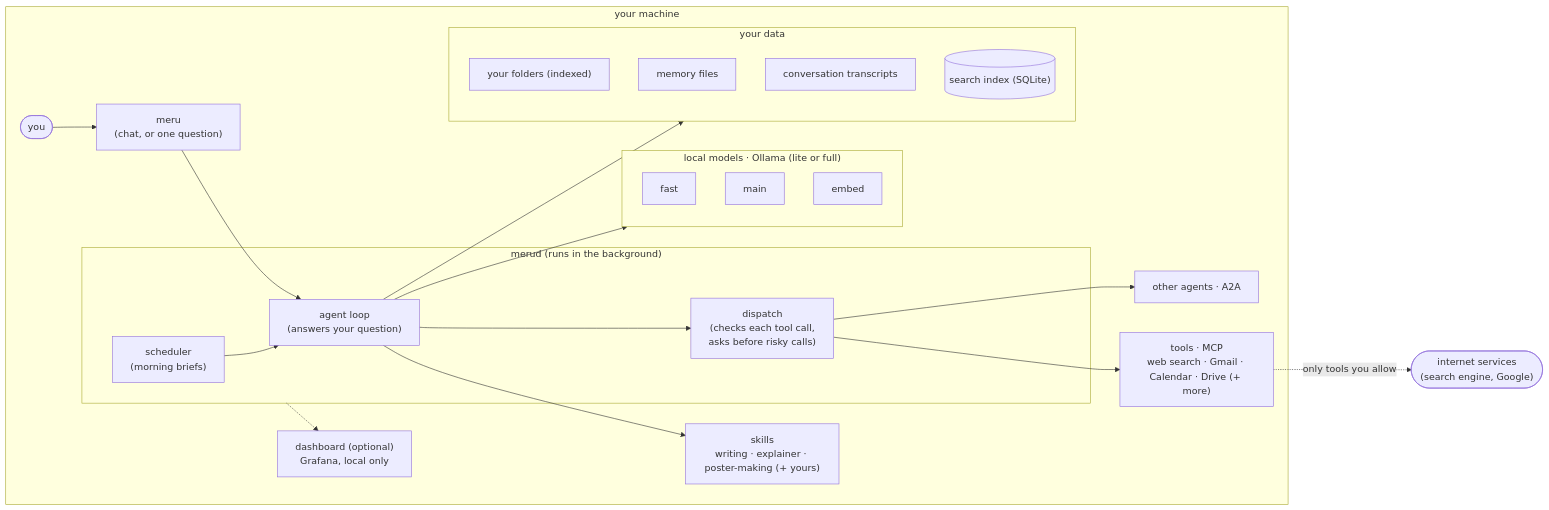
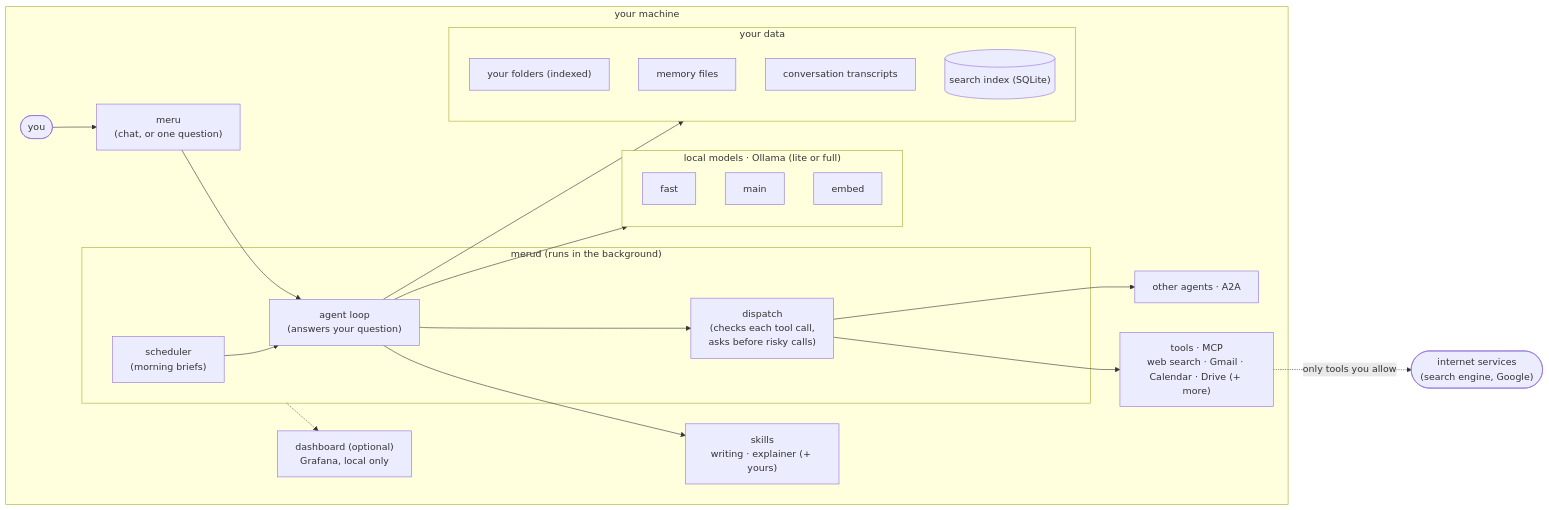
One commit to aarora79/meru changed the first of 2 diagrams in docs/architecture/100.md. Above: the diagram before and after it, drawn with Mermaid. The commit also changed other lines of this file and 12 other files, not shown here.

First line of the commit message:
Design: poster-making is a repo tool, not a built-in skill

````diff
--- a/docs/architecture/100.md
+++ b/docs/architecture/100.md
@@ -17,34 +17,34 @@
 ```mermaid
 flowchart LR
     subgraph machine["your machine"]
         YOU(["you"]) --> MERU["meru<br/>(chat, or one question)"]
         subgraph merud["merud (runs in the background)"]
             SCHED["scheduler<br/>(morning briefs)"] --> LOOP["agent loop<br/>(answers your question)"]
             LOOP --> DISP["dispatch<br/>(checks each tool call,<br/>asks before risky calls)"]
         end
         MERU --> LOOP
         subgraph models["local models · Ollama (lite or full)"]
             FAST["fast"]
             MAIN["main"]
             EMBED["embed"]
         end
         subgraph data["your data"]
             FOLDERS["your folders (indexed)"]
             MEM["memory files"]
             TRANS["conversation transcripts"]
             INDEX[("search index (SQLite)")]
         end
-        SKILLS["skills<br/>writing · explainer · poster-making (+ yours)"]
+        SKILLS["skills<br/>writing · explainer (+ yours)"]
         AGENTS["other agents · A2A"]
         TOOLS["tools · MCP<br/>web search · Gmail · Calendar · Drive (+ more)"]
         OBS["dashboard (optional)<br/>Grafana, local only"]
         LOOP --> models
         LOOP --> data
         LOOP --> SKILLS
         DISP --> AGENTS
         DISP --> TOOLS
         merud -.-> OBS
     end
     NET(["internet services<br/>(search engine, Google)"])
     TOOLS -.->|only tools you allow| NET
 ```
````
